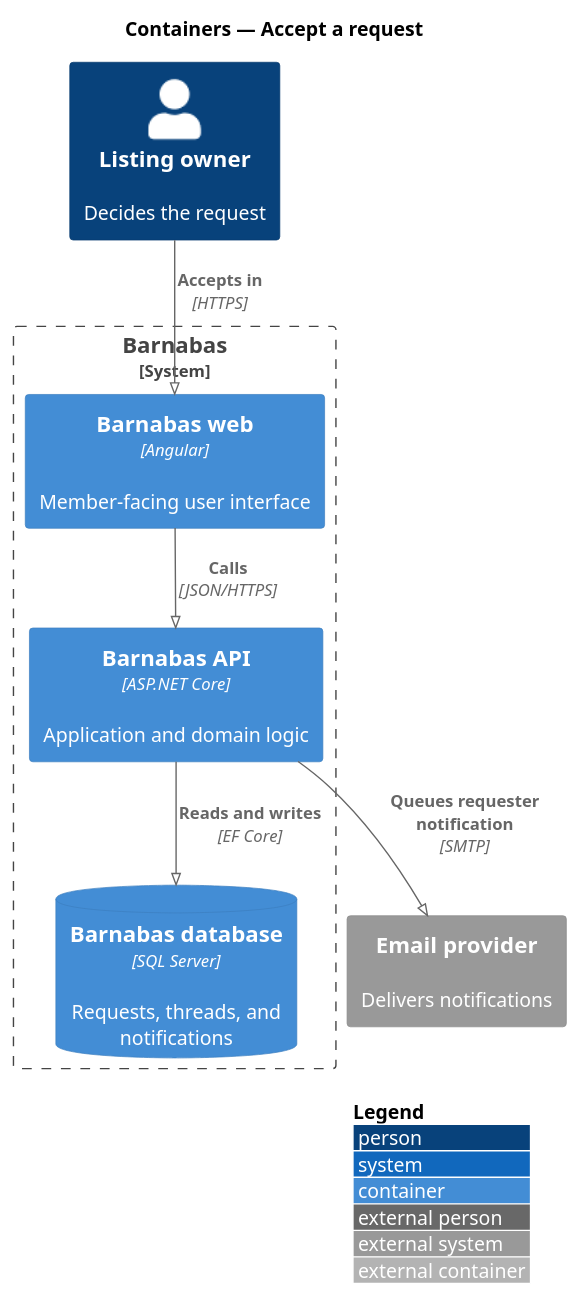
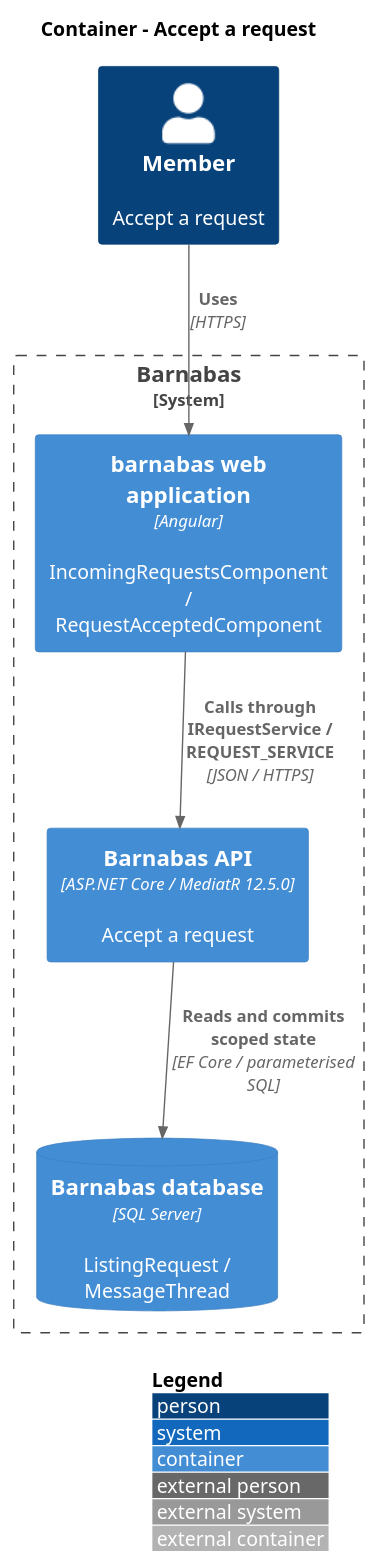
The diagram in docs/detailed-designs/requests/accept-a-request/diagrams/c4-container.puml (QuinntyneBrown/Barnabas), drawn with PlantUML before and after one commit. The commit also changed 511 other files, not shown here.

```diff
--- a/docs/detailed-designs/requests/accept-a-request/diagrams/c4-container.puml
+++ b/docs/detailed-designs/requests/accept-a-request/diagrams/c4-container.puml
@@ -1,19 +1,14 @@
 @startuml
-!pragma layout smetana
 !include <C4/C4_Container>
 LAYOUT_WITH_LEGEND()
-title Containers — Accept a request
-
-Person(owner, "Listing owner", "Decides the request")
+title Container - Accept a request
+Person(actor, "Member", "Accept a request")
 System_Boundary(barnabas, "Barnabas") {
-  Container(spa, "Barnabas web", "Angular", "Member-facing user interface")
-  Container(api, "Barnabas API", "ASP.NET Core", "Application and domain logic")
-  ContainerDb(db, "Barnabas database", "SQL Server", "Requests, threads, and notifications")
+  Container(web, "barnabas web application", "Angular", "IncomingRequestsComponent / RequestAcceptedComponent")
+  Container(api, "Barnabas API", "ASP.NET Core / MediatR 12.5.0", "Accept a request")
+  ContainerDb(db, "Barnabas database", "SQL Server", "ListingRequest / MessageThread")
 }
-System_Ext(email, "Email provider", "Delivers notifications")
-
-Rel(owner, spa, "Accepts in", "HTTPS")
-Rel(spa, api, "Calls", "JSON/HTTPS")
-Rel(api, db, "Reads and writes", "EF Core")
-Rel(api, email, "Queues requester notification", "SMTP")
+Rel(actor, web, "Uses", "HTTPS")
+Rel(web, api, "Calls through IRequestService / REQUEST_SERVICE", "JSON / HTTPS")
+Rel(api, db, "Reads and commits scoped state", "EF Core / parameterised SQL")
 @enduml
```
